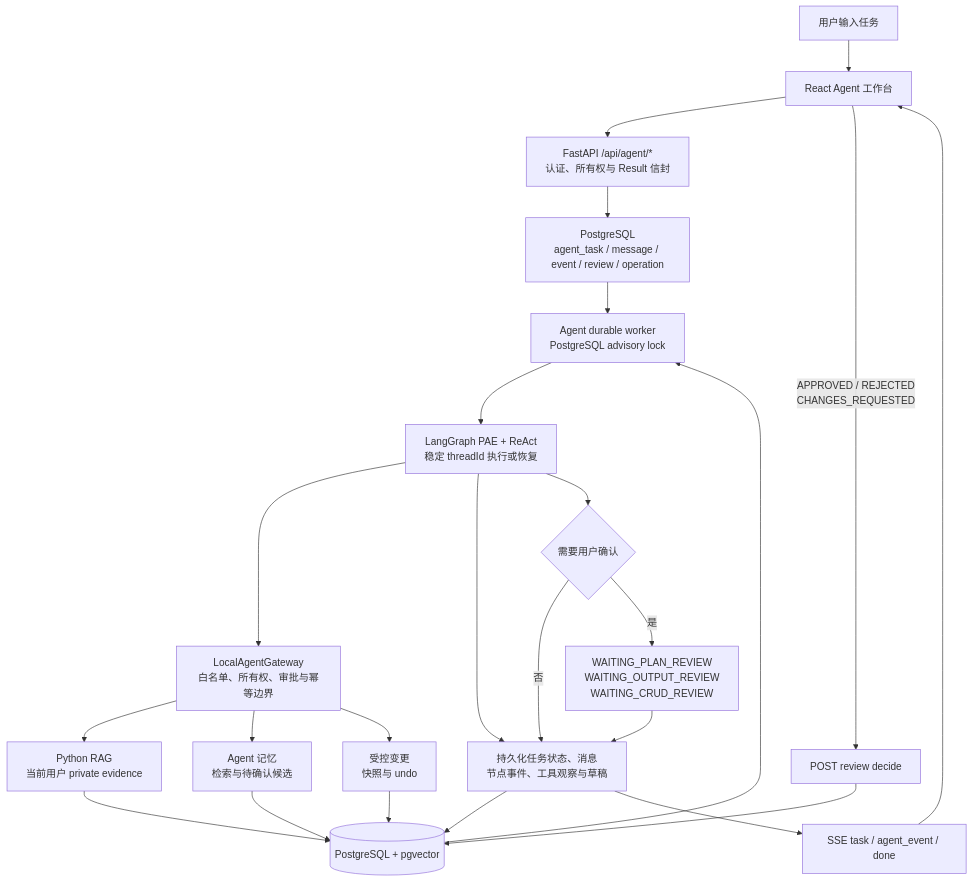
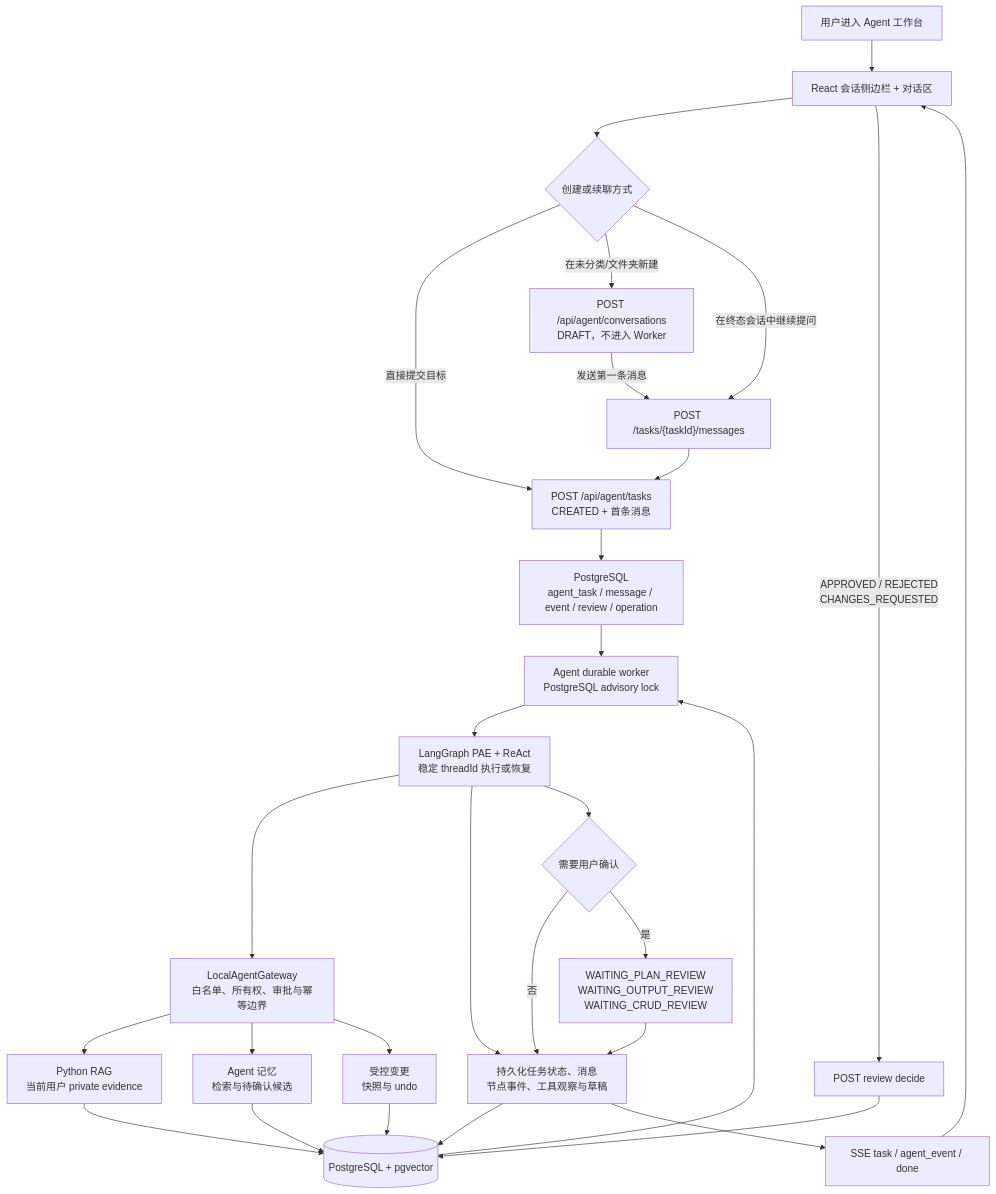
Before and after one commit to HeWhenJay/Multimodal-RAG-Agent-Learning-Evidence-Platform: the seventh of 9 diagrams in README.md, drawn with Mermaid. The commit also changed other lines of this file and 62 other files, not shown here.

````diff
--- a/README.md
+++ b/README.md
@@ -247,29 +264,34 @@
 ```mermaid
 flowchart TB
-    U["用户输入任务"] --> FE["React Agent 工作台"]
-    FE --> API["FastAPI /api/agent/*\n认证、所有权与 Result 信封"]
-    API --> TASK["PostgreSQL\nagent_task / message / event / review / operation"]
+    U["用户进入 Agent 工作台"] --> FE["React 会话侧边栏 + 对话区"]
+    FE --> ENTRY{"创建或续聊方式"}
+    ENTRY -->|"直接提交目标"| CREATE["POST /api/agent/tasks\nCREATED + 首条消息"]
+    ENTRY -->|"在未分类/文件夹新建"| DRAFT["POST /api/agent/conversations\nDRAFT，不进入 Worker"]
+    DRAFT -->|"发送第一条消息"| CONTINUE["POST /tasks/{taskId}/messages"]
+    ENTRY -->|"在终态会话中继续提问"| CONTINUE
+    CONTINUE --> CREATE
+    CREATE --> TASK["PostgreSQL\nagent_task / message / event / review / operation"]
     TASK --> AGW["Agent durable worker\nPostgreSQL advisory lock"]
     AGW --> GRAPH["LangGraph PAE + ReAct\n稳定 threadId 执行或恢复"]
     GRAPH --> GATE["LocalAgentGateway\n白名单、所有权、审批与幂等边界"]
 
     GATE --> RAG["Python RAG\n当前用户 private evidence"]
     GATE --> MEM["Agent 记忆\n检索与待确认候选"]
     GATE --> OPS["受控变更\n快照与 undo"]
     RAG --> DB[("PostgreSQL + pgvector")]
     MEM --> DB
     OPS --> DB
 
     GRAPH --> EVENT["持久化任务状态、消息\n节点事件、工具观察与草稿"]
     EVENT --> DB
     EVENT --> SSE["SSE task / agent_event / done"]
     SSE --> FE
 
     GRAPH --> REVIEW{"需要用户确认"}
     REVIEW -->|"否"| EVENT
     REVIEW -->|"是"| WAIT["WAITING_PLAN_REVIEW\nWAITING_OUTPUT_REVIEW\nWAITING_CRUD_REVIEW"]
     WAIT --> EVENT
     FE -->|"APPROVED / REJECTED\nCHANGES_REQUESTED"| DECIDE["POST review decide"]
     DECIDE --> DB
     DB --> AGW
 ```
````
